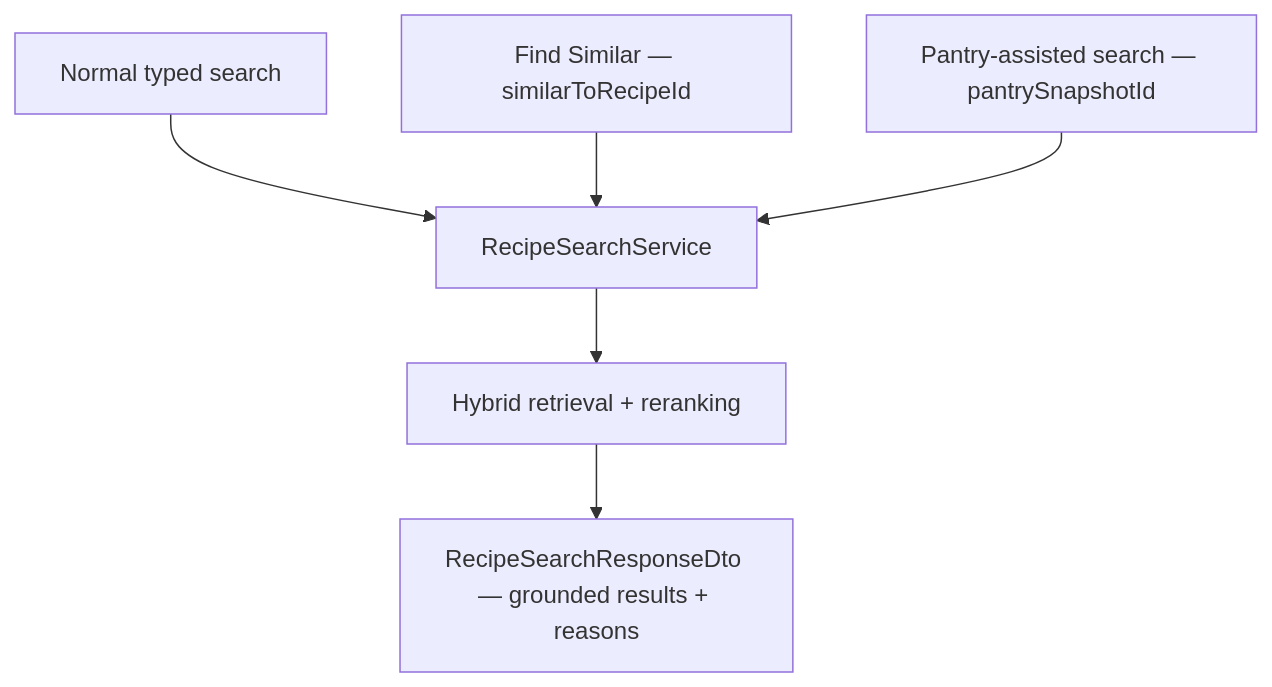
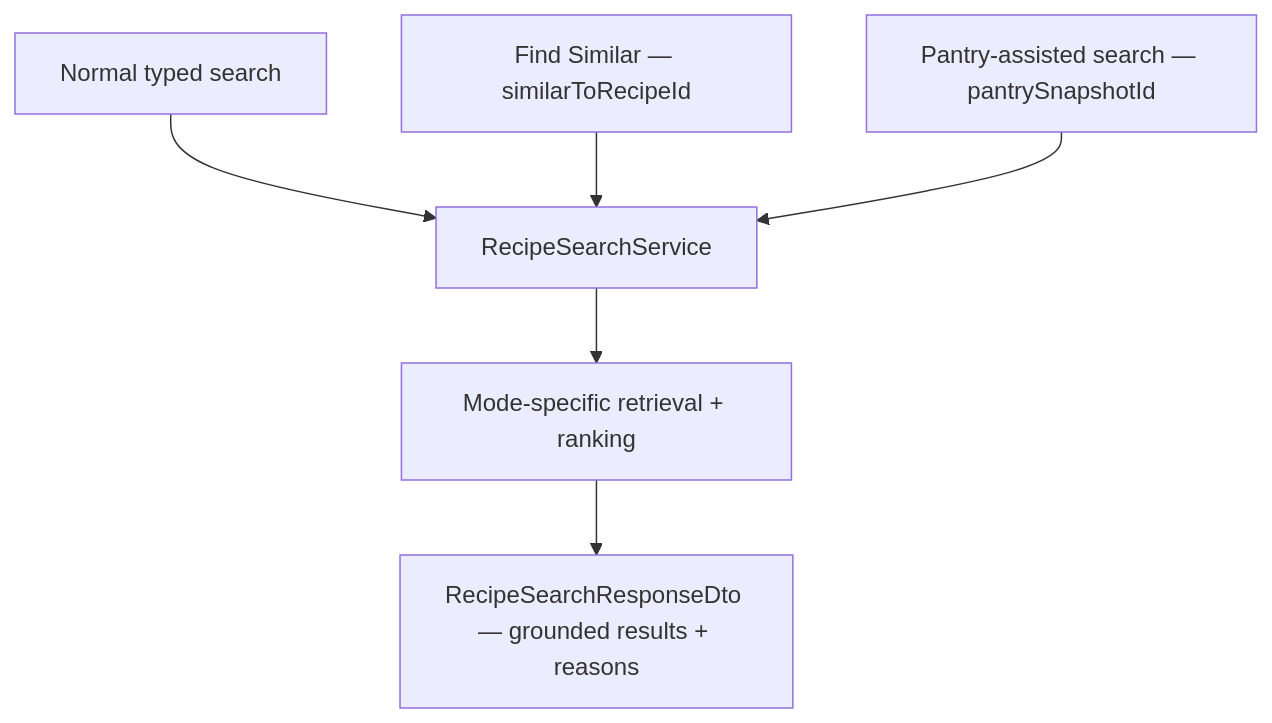
The eighth of 8 diagrams in docs/flows/data-flows/recipe-search-index-and-recovery.md (AlexandreBrisebois/whats-for-supper), drawn with Mermaid before and after one commit. The commit also changed other lines of this file and 13 other files, not shown here.

````diff
--- a/docs/flows/data-flows/recipe-search-index-and-recovery.md
+++ b/docs/flows/data-flows/recipe-search-index-and-recovery.md
@@ -377,8 +385,8 @@
 ```mermaid
 flowchart TD
     A[Normal typed search] --> C[RecipeSearchService]
     B[Find Similar — similarToRecipeId] --> C
     D[Pantry-assisted search — pantrySnapshotId] --> C
-    C --> E[Hybrid retrieval + reranking]
+    C --> E[Mode-specific retrieval + ranking]
     E --> F[RecipeSearchResponseDto — grounded results + reasons]
 ```
````
